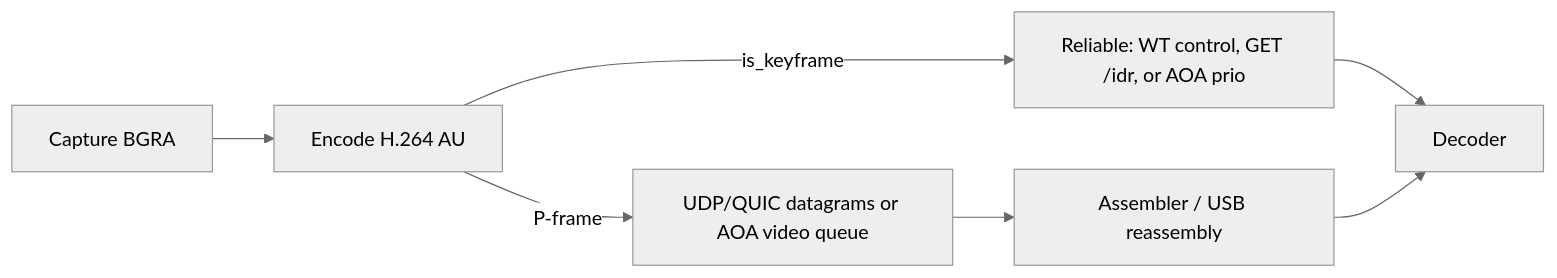
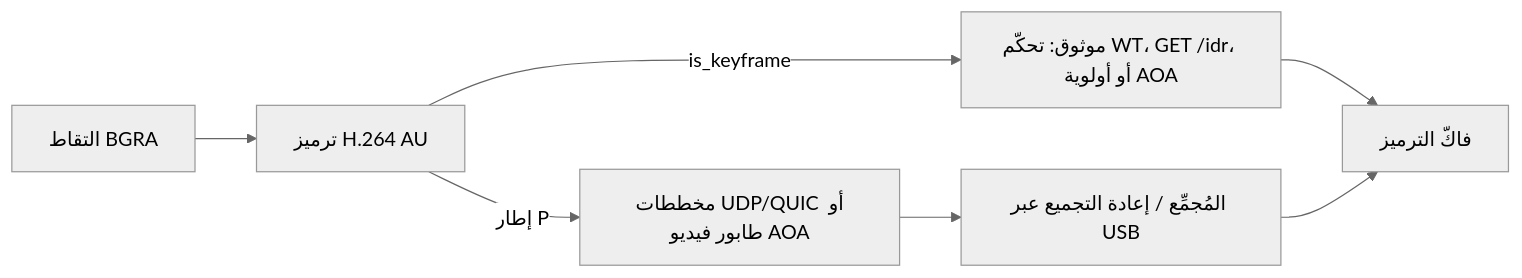
One commit to shadow-x78/orbiscreen changed the diagram in docs/FRAME_TRANSPORT_AR.md. Above: the diagram before and after it, drawn with Mermaid (neutral theme). The commit also changed other lines of this file and 165 other files, not shown here.

````diff
--- a/docs/FRAME_TRANSPORT_AR.md
+++ b/docs/FRAME_TRANSPORT_AR.md
@@ -48,9 +48,9 @@
 ```mermaid
 flowchart LR
-  cap["Capture BGRA"] --> enc["Encode H.264 AU"]
-  enc -->|"is_keyframe"| rel["Reliable: WT control, GET /idr, or AOA prio"]
-  enc -->|"P-frame"| dg["UDP/QUIC datagrams or AOA video queue"]
-  rel --> dec["Decoder"]
-  dg --> asm["Assembler / USB reassembly"]
+  cap["التقاط BGRA"] --> enc["ترميز H.264 AU"]
+  enc -->|"is_keyframe"| rel["موثوق: تحكّم WT، GET /idr، أو أولوية AOA"]
+  enc -->|"إطار P"| dg["مخططات UDP/QUIC أو طابور فيديو AOA"]
+  rel --> dec["فاكّ الترميز"]
+  dg --> asm["المُجمِّع / إعادة التجميع عبر USB"]
   asm --> dec
 ```
````
